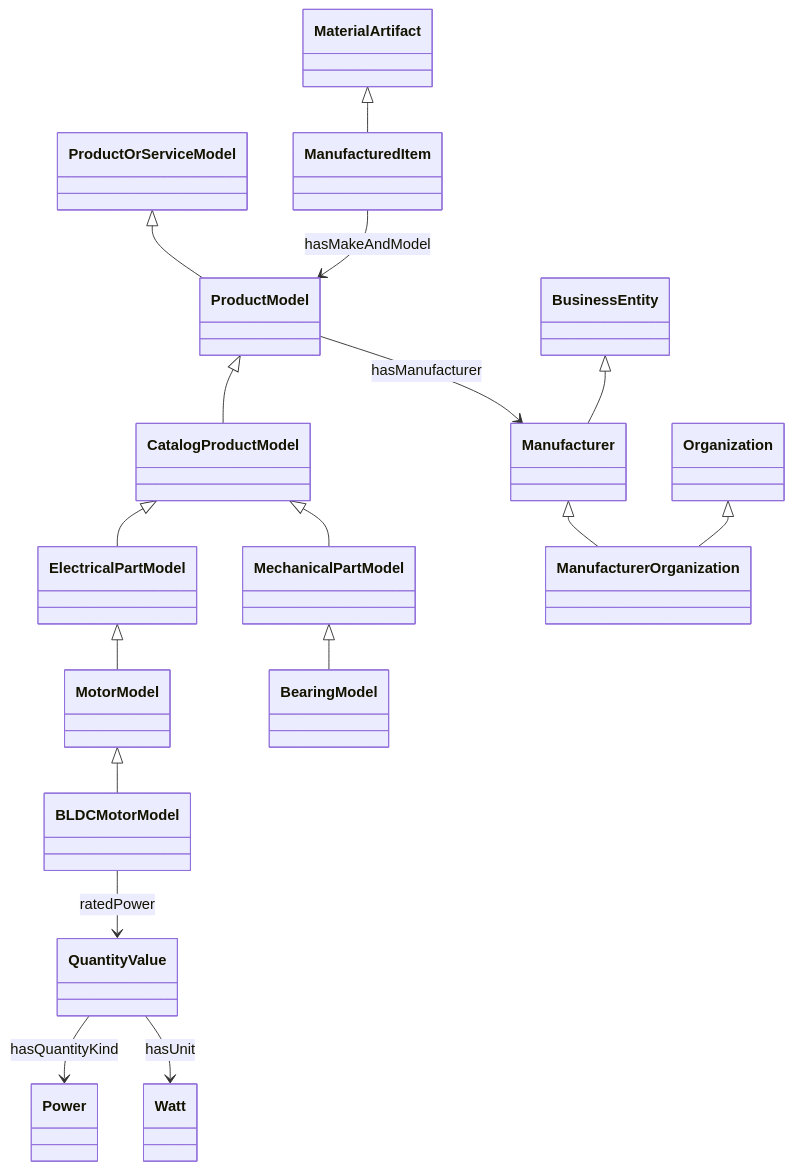
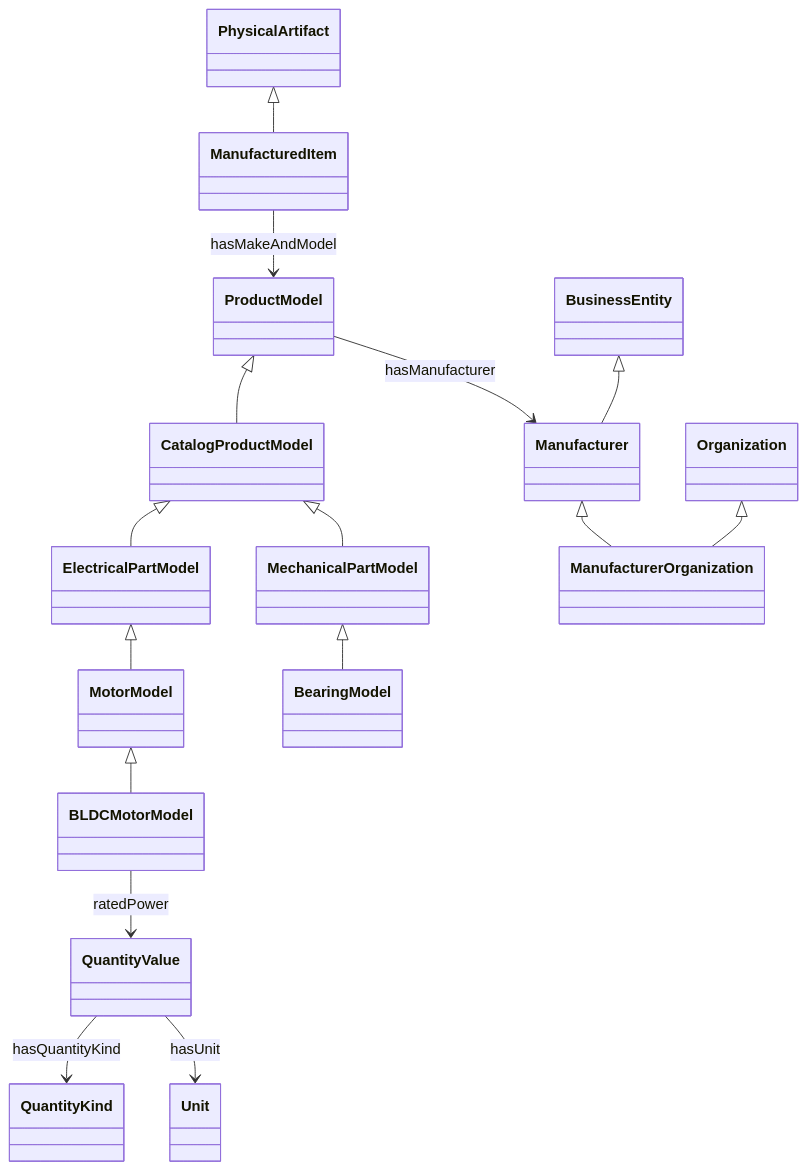
One commit to HanhwaAcademy-Team-One/ontology-product-system changed the diagram in docs/team/03_PRODUCT_ONTOLOGY.md. Above: the diagram before and after it, drawn with Mermaid. The commit also changed other lines of this file and 5 other files, not shown here.

````diff
--- a/docs/team/03_PRODUCT_ONTOLOGY.md
+++ b/docs/team/03_PRODUCT_ONTOLOGY.md
@@ -13,19 +36,18 @@
 ```mermaid
 classDiagram
-  ProductOrServiceModel <|-- ProductModel
   ProductModel <|-- CatalogProductModel
   CatalogProductModel <|-- ElectricalPartModel
   ElectricalPartModel <|-- MotorModel
   MotorModel <|-- BLDCMotorModel
   CatalogProductModel <|-- MechanicalPartModel
   MechanicalPartModel <|-- BearingModel
-  MaterialArtifact <|-- ManufacturedItem
+  PhysicalArtifact <|-- ManufacturedItem
   BusinessEntity <|-- Manufacturer
   Manufacturer <|-- ManufacturerOrganization
   Organization <|-- ManufacturerOrganization
   ProductModel --> Manufacturer : hasManufacturer
   ManufacturedItem --> ProductModel : hasMakeAndModel
   BLDCMotorModel --> QuantityValue : ratedPower
-  QuantityValue --> Power : hasQuantityKind
-  QuantityValue --> Watt : hasUnit
+  QuantityValue --> QuantityKind : hasQuantityKind
+  QuantityValue --> Unit : hasUnit
 ```
````
